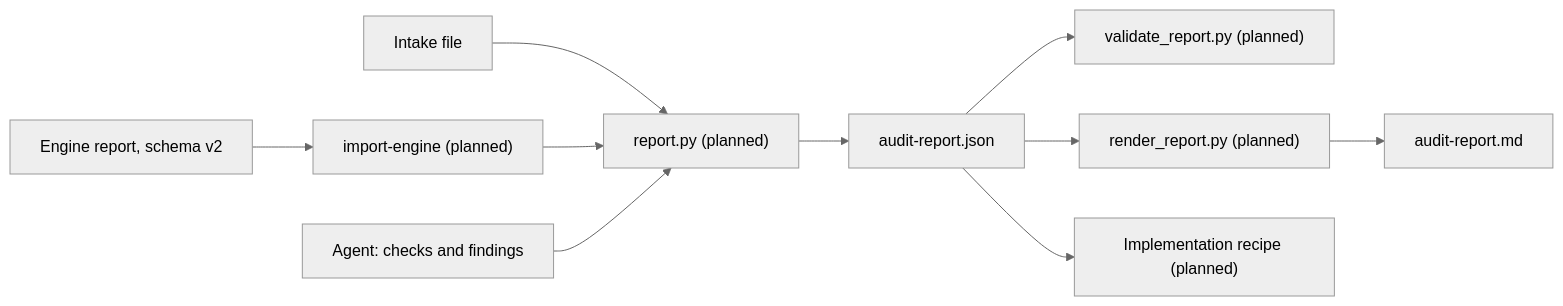
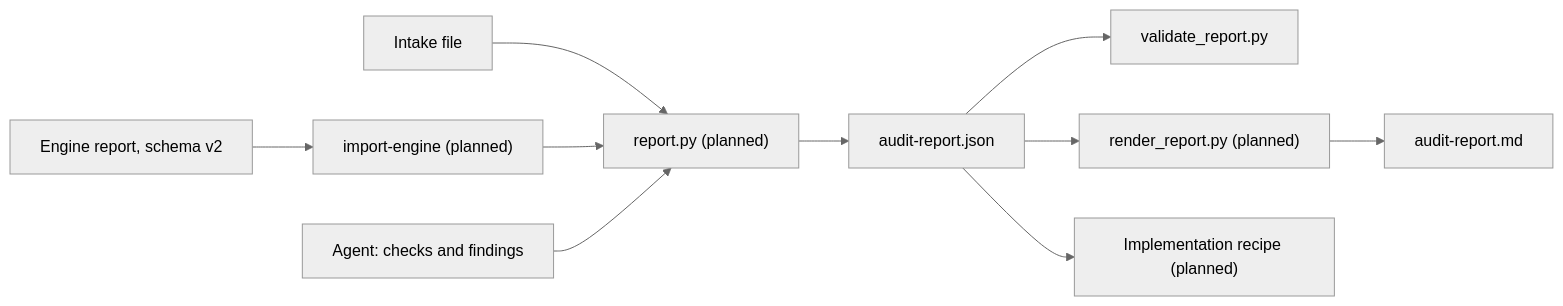
One commit to Nistapp/codebase-agentic-readiness-framework changed the diagram in brownfield-recipes/docs/architecture/contributor-deep-dive/02-report-schema.md. Above: the diagram before and after it, drawn with Mermaid (neutral theme). The commit also changed other lines of this file and 6 other files, not shown here.

````diff
--- a/brownfield-recipes/docs/architecture/contributor-deep-dive/02-report-schema.md
+++ b/brownfield-recipes/docs/architecture/contributor-deep-dive/02-report-schema.md
@@ -17,10 +17,10 @@
 ```mermaid
 flowchart LR
     Intake["Intake file"] --> Builder["report.py (planned)"]
     Engine["Engine report, schema v2"] --> Adapter["import-engine (planned)"] --> Builder
     Agent["Agent: checks and findings"] --> Builder
     Builder --> Report["audit-report.json"]
-    Report --> Validator["validate_report.py (planned)"]
+    Report --> Validator["validate_report.py"]
     Report --> Renderer["render_report.py (planned)"] --> Markdown["audit-report.md"]
     Report --> Implement["Implementation recipe (planned)"]
 ```
````
